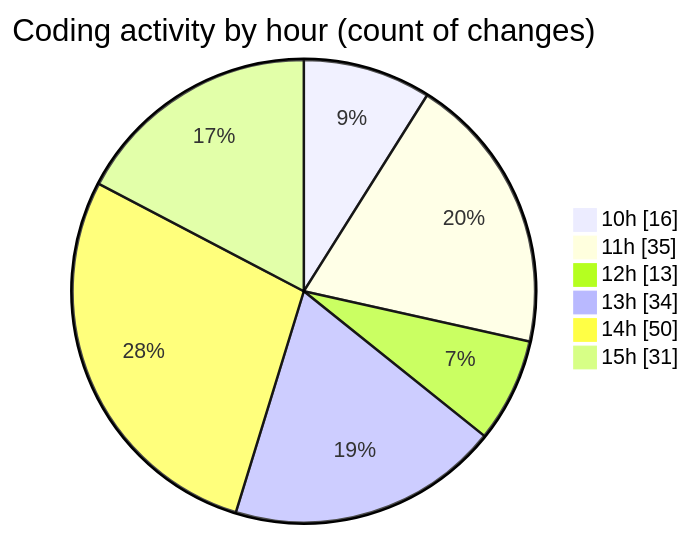
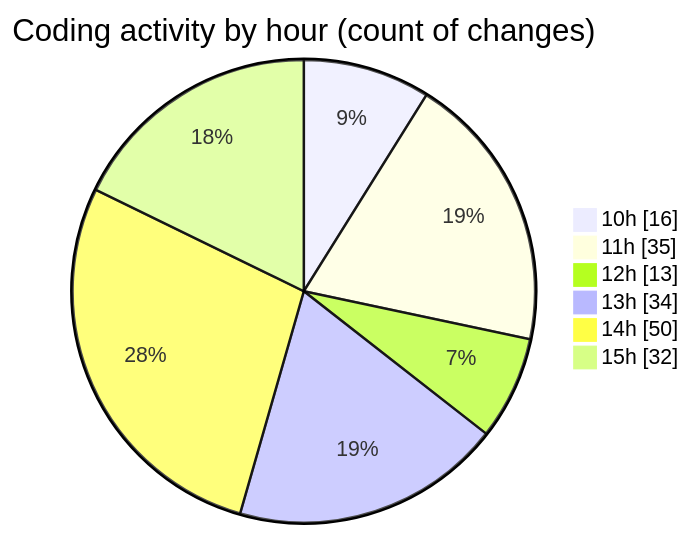
The second of 2 diagrams in 2025-02-20/micros/README.md (charlie-sans/code-tracking), drawn with Mermaid before and after one commit. The commit also changed other lines of this file and 1 other file, not shown here.

````diff
--- a/2025-02-20/micros/README.md
+++ b/2025-02-20/micros/README.md
@@ -60,10 +60,10 @@
 ```mermaid
 pie showData
 title Coding activity by hour (count of changes)
 "10h" : 16
 "11h" : 35
 "12h" : 13
 "13h" : 34
 "14h" : 50
-"15h" : 31
+"15h" : 32
 ```
````
